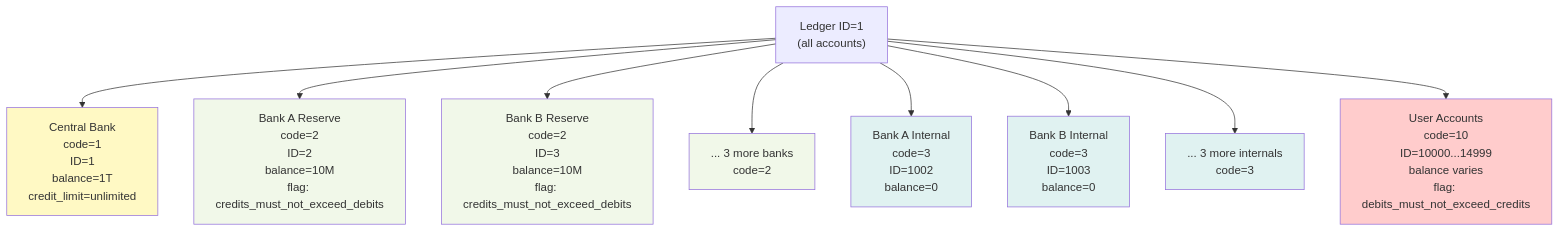
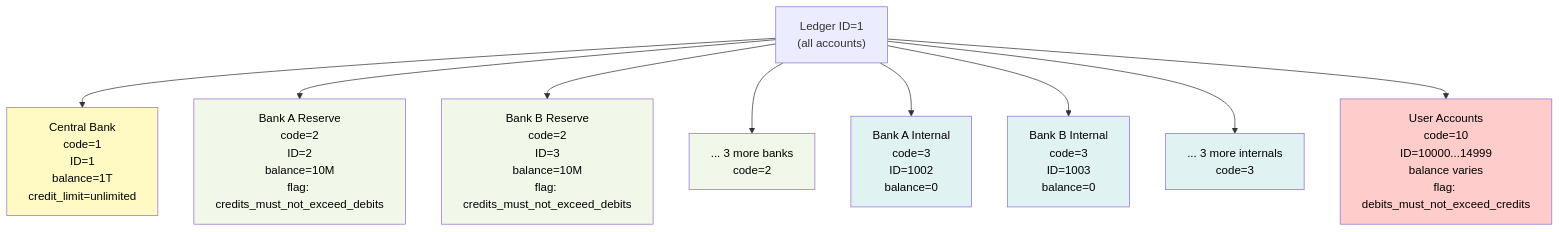
Diagram 11 of 19 in ARCHITECTURE.md (evertonstz/TigerbeetleMiniPIX), drawn with Mermaid before and after one commit. The commit also changed other lines of this file, not shown here.

Commit message:
docs: improve Mermaid diagram text readability with dark text colors

````diff
--- a/ARCHITECTURE.md
+++ b/ARCHITECTURE.md
@@ -490,22 +490,22 @@
 ```mermaid
 graph TB
     Ledger["Ledger ID=1<br/>(all accounts)"]
     
     Ledger --> CB["Central Bank<br/>code=1<br/>ID=1<br/>balance=1T<br/>credit_limit=unlimited"]
     Ledger --> BA["Bank A Reserve<br/>code=2<br/>ID=2<br/>balance=10M<br/>flag: credits_must_not_exceed_debits"]
     Ledger --> BB["Bank B Reserve<br/>code=2<br/>ID=3<br/>balance=10M<br/>flag: credits_must_not_exceed_debits"]
     Ledger --> Bx["... 3 more banks<br/>code=2"]
     Ledger --> AIx["Bank A Internal<br/>code=3<br/>ID=1002<br/>balance=0"]
     Ledger --> BIx["Bank B Internal<br/>code=3<br/>ID=1003<br/>balance=0"]
     Ledger --> BxI["... 3 more internals<br/>code=3"]
     Ledger --> UA["User Accounts<br/>code=10<br/>ID=10000...14999<br/>balance varies<br/>flag: debits_must_not_exceed_credits"]
     
-    style CB fill:#fff9c4
-    style BA fill:#f1f8e9
-    style BB fill:#f1f8e9
-    style Bx fill:#f1f8e9
-    style AIx fill:#e0f2f1
-    style BIx fill:#e0f2f1
-    style BxI fill:#e0f2f1
-    style UA fill:#ffcccc
+    style CB fill:#fff9c4,color:#000
+    style BA fill:#f1f8e9,color:#000
+    style BB fill:#f1f8e9,color:#000
+    style Bx fill:#f1f8e9,color:#000
+    style AIx fill:#e0f2f1,color:#000
+    style BIx fill:#e0f2f1,color:#000
+    style BxI fill:#e0f2f1,color:#000
+    style UA fill:#ffcccc,color:#000
 ```
````
